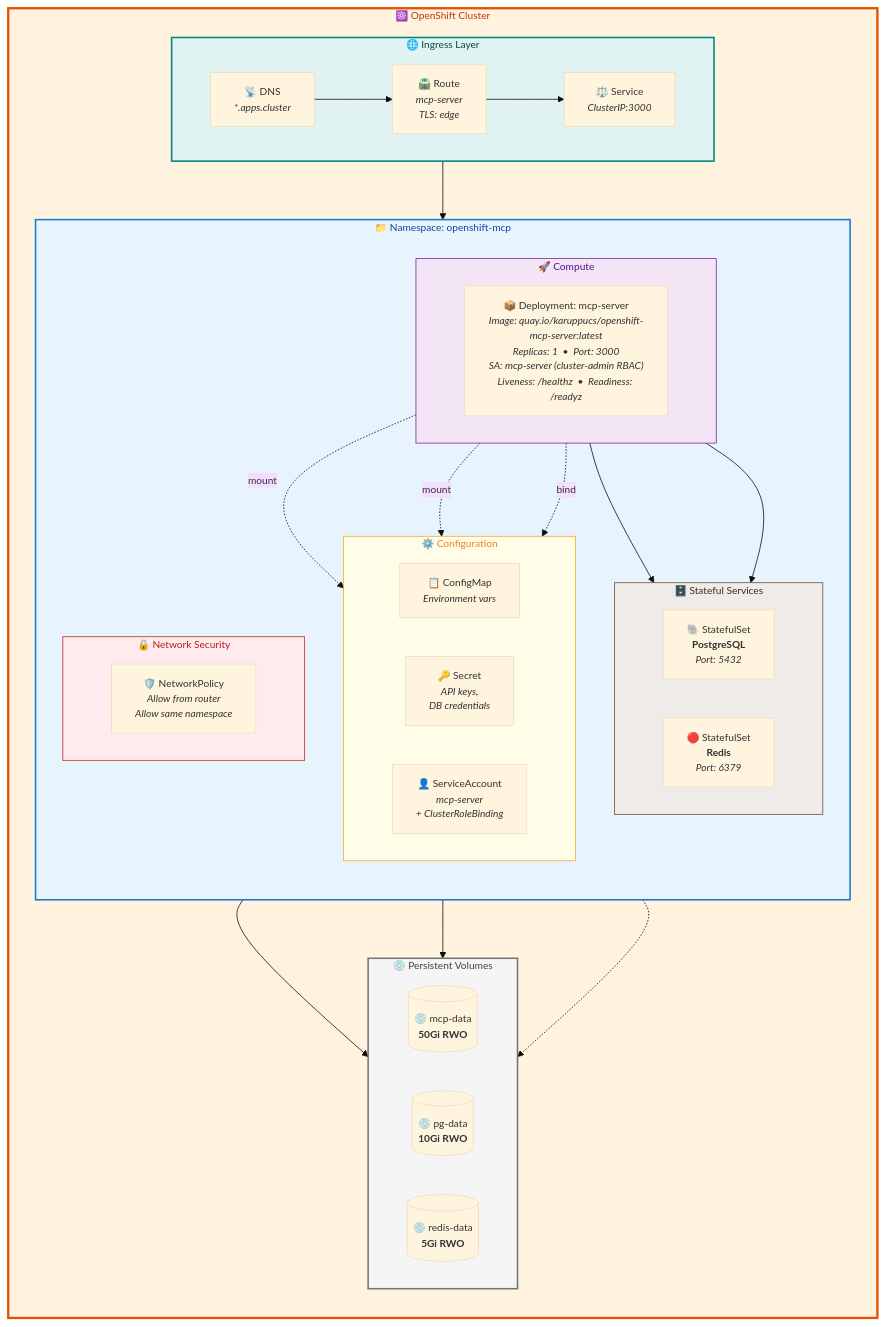
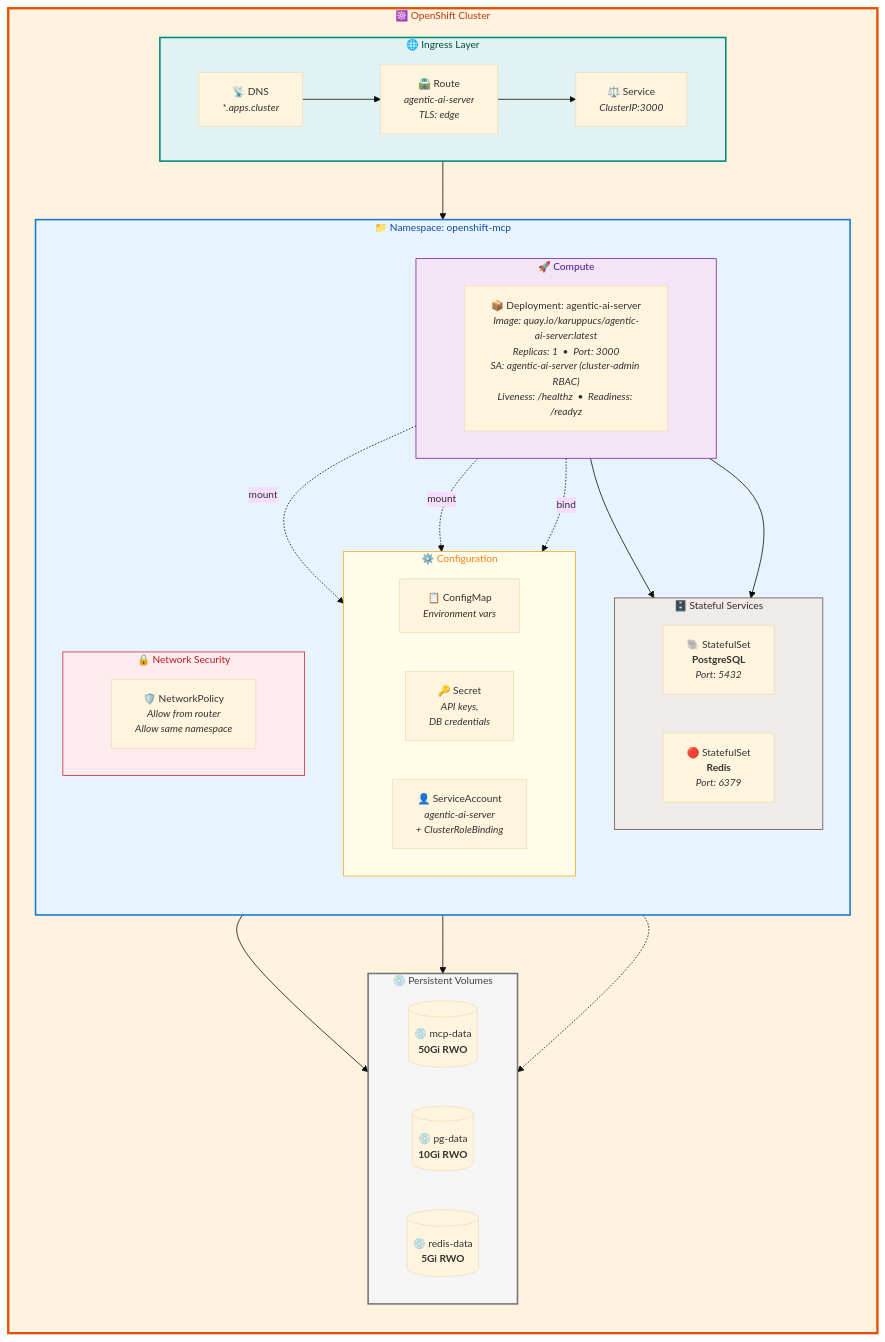
The second of 3 diagrams in docs/architecture.md (cskaruppu/Openshift-mcp-server), drawn with Mermaid before and after one commit. The commit also changed other lines of this file and 29 other files, not shown here.

First line of the commit message:
rename: rebrand backend resources from mcp-server to agentic-ai-server

````diff
--- a/docs/architecture.md
+++ b/docs/architecture.md
@@ -168,68 +168,68 @@
 ```mermaid
 %%{init: {'theme': 'base', 'themeVariables': { 'fontSize': '13px' }}}%%
 
 flowchart TB
     subgraph OCPCLUSTER["☸️ OpenShift Cluster"]
         direction TB
 
         subgraph INGRESS["🌐 Ingress Layer"]
             direction LR
             DNS["📡 DNS<br/><i>*.apps.cluster</i>"]
-            ROUTE["🛣️ Route<br/><i>mcp-server</i><br/><i>TLS: edge</i>"]
+            ROUTE["🛣️ Route<br/><i>agentic-ai-server</i><br/><i>TLS: edge</i>"]
             SVC["⚖️ Service<br/><i>ClusterIP:3000</i>"]
         end
 
         subgraph NAMESPACE["📁 Namespace: openshift-mcp"]
             direction TB
 
             subgraph COMPUTE["🚀 Compute"]
                 direction LR
-                DEP["📦 Deployment: mcp-server<br/><i>Image: quay.io/karuppucs/openshift-mcp-server:latest</i><br/><i>Replicas: 1 &nbsp;•&nbsp; Port: 3000</i><br/><i>SA: mcp-server (cluster-admin RBAC)</i><br/><i>Liveness: /healthz &nbsp;•&nbsp; Readiness: /readyz</i>"]
+                DEP["📦 Deployment: agentic-ai-server<br/><i>Image: quay.io/karuppucs/agentic-ai-server:latest</i><br/><i>Replicas: 1 &nbsp;•&nbsp; Port: 3000</i><br/><i>SA: agentic-ai-server (cluster-admin RBAC)</i><br/><i>Liveness: /healthz &nbsp;•&nbsp; Readiness: /readyz</i>"]
             end
 
             subgraph STATEFUL["🗄️ Stateful Services"]
                 direction LR
                 PG["🐘 StatefulSet<br/><b>PostgreSQL</b><br/><i>Port: 5432</i>"]
                 REDIS["🔴 StatefulSet<br/><b>Redis</b><br/><i>Port: 6379</i>"]
             end
 
             subgraph CONFIG["⚙️ Configuration"]
                 direction LR
                 CM["📋 ConfigMap<br/><i>Environment vars</i>"]
                 SEC["🔑 Secret<br/><i>API keys,</i><br/><i>DB credentials</i>"]
-                SA["👤 ServiceAccount<br/><i>mcp-server</i><br/><i>+ ClusterRoleBinding</i>"]
+                SA["👤 ServiceAccount<br/><i>agentic-ai-server</i><br/><i>+ ClusterRoleBinding</i>"]
             end
 
             subgraph NETPOL["🔒 Network Security"]
                 direction LR
                 NP["🛡️ NetworkPolicy<br/><i>Allow from router</i><br/><i>Allow same namespace</i>"]
             end
         end
 
         subgraph VOLUMES["💿 Persistent Volumes"]
             direction LR
             V1[("💿 mcp-data<br/><b>50Gi RWO</b>")]
             V2[("💿 pg-data<br/><b>10Gi RWO</b>")]
             V3[("💿 redis-data<br/><b>5Gi RWO</b>")]
         end
     end
 
     DNS --> ROUTE --> SVC --> DEP
     DEP --> PG
     DEP --> REDIS
     DEP -.->|mount| CM
     DEP -.->|mount| SEC
     DEP -.->|bind| SA
     PG --> V2
     REDIS --> V3
     DEP -.-> V1
 
     style OCPCLUSTER fill:#FFF3E0,stroke:#E65100,stroke-width:3px,color:#BF360C
     style INGRESS fill:#E0F2F1,stroke:#00897B,stroke-width:2px,color:#004D40
     style NAMESPACE fill:#E8F4FD,stroke:#1976D2,stroke-width:2px,color:#0D47A1
     style COMPUTE fill:#F3E5F5,stroke:#7B1FA2,stroke-width:1px,color:#4A148C
     style STATEFUL fill:#EFEBE9,stroke:#6D4C41,stroke-width:1px,color:#3E2723
     style CONFIG fill:#FFFDE7,stroke:#F9A825,stroke-width:1px,color:#F57F17
     style NETPOL fill:#FFEBEE,stroke:#C62828,stroke-width:1px,color:#B71C1C
     style VOLUMES fill:#F5F5F5,stroke:#757575,stroke-width:2px,color:#424242
 ```
````
